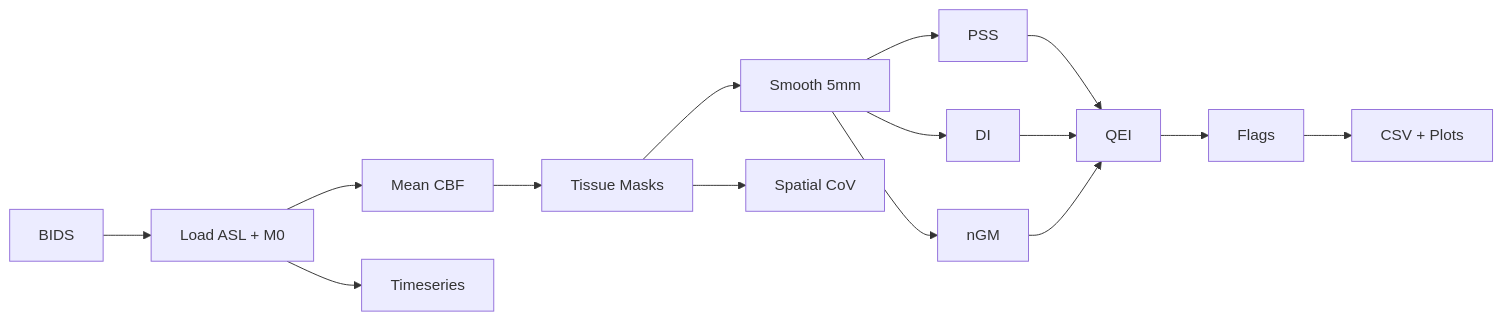
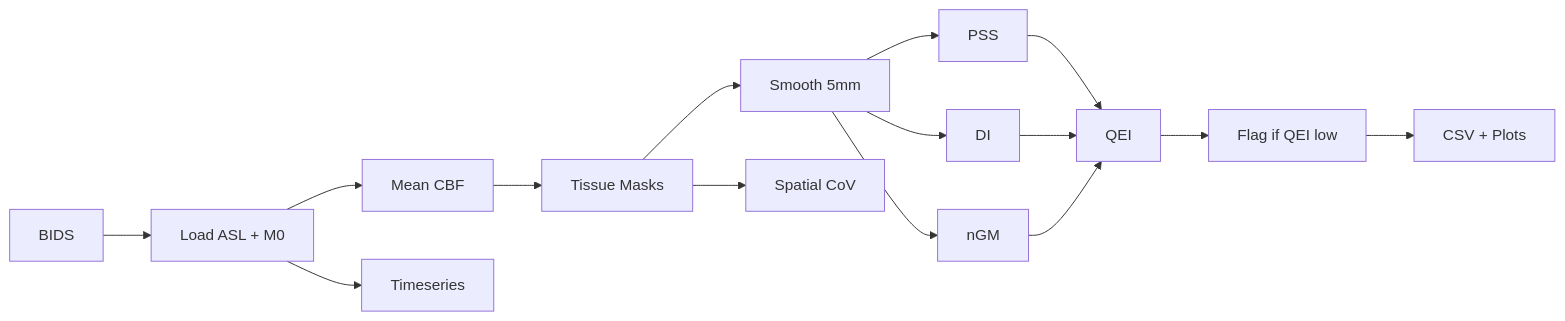
The diagram in README.md (pragati-566/Quality-Check-Toolbox), drawn with Mermaid before and after one commit. The commit also changed other lines of this file and 9 other files, not shown here.

````diff
--- a/README.md
+++ b/README.md
@@ -14,17 +14,17 @@
 ```mermaid
 flowchart LR
     A[BIDS] --> B[Load ASL + M0]
     B --> C[Mean CBF]
     C --> D[Tissue Masks]
     D --> E[Smooth 5mm]
     E --> F[PSS]
     E --> G[DI]
     E --> H[nGM]
     F --> I[QEI]
     G --> I
     H --> I
-    I --> J[Flags]
+    I --> J[Flag if QEI low]
     D --> K[Spatial CoV]
     B --> L[Timeseries]
     J --> M[CSV + Plots]
 ```
````
